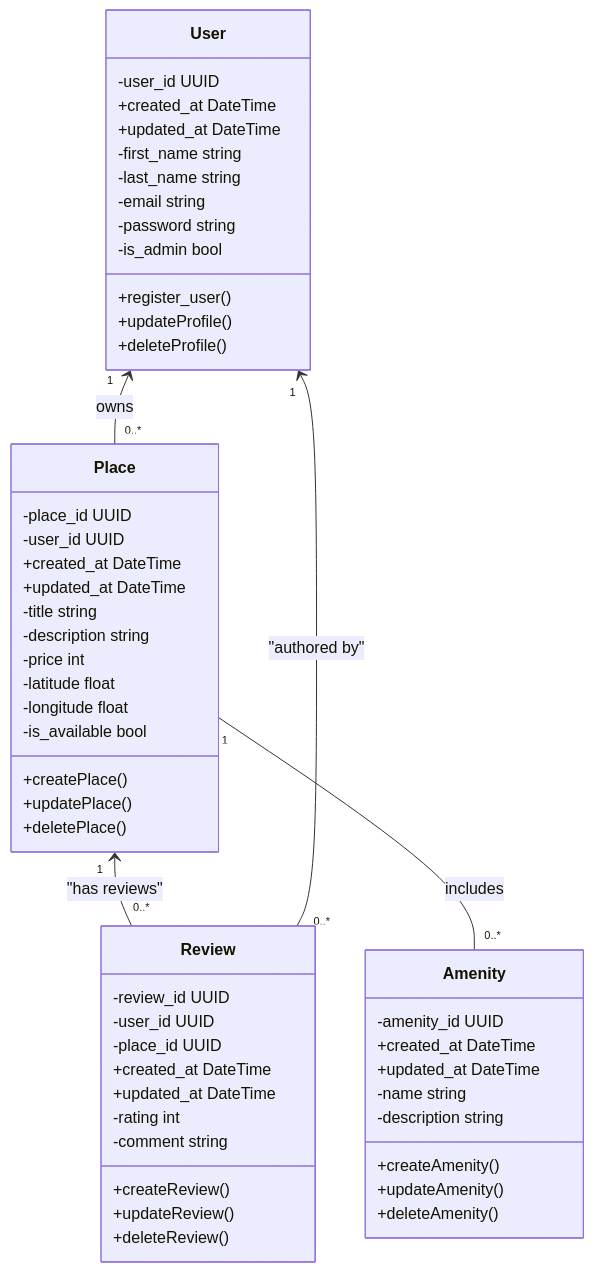
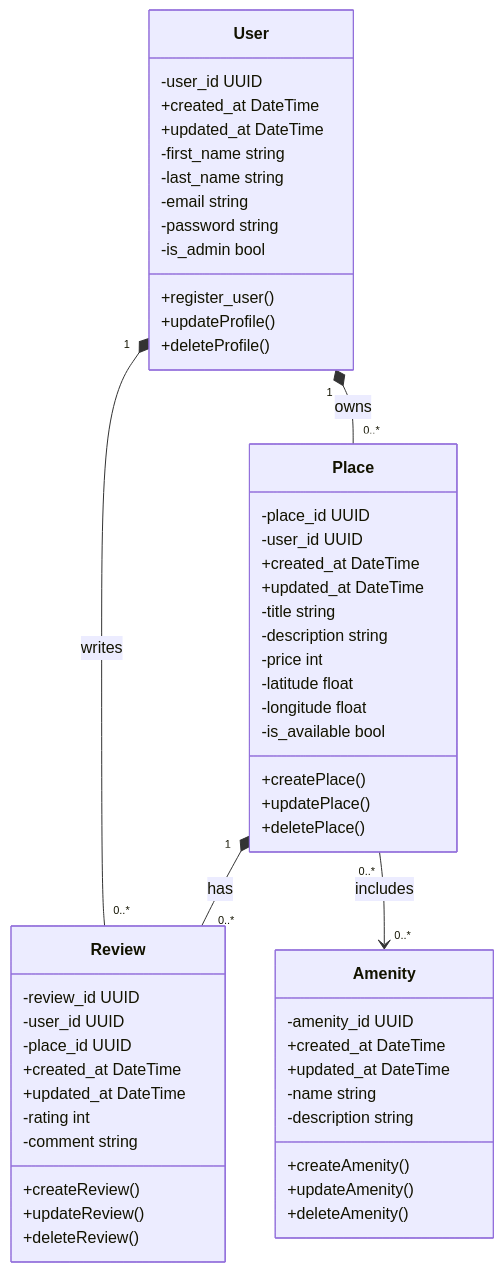
One commit to mnarzaid247-stack/holbertonschool-hbnb changed the diagram in part1/class_diagram.md. Above: the diagram before and after it, drawn with Mermaid. The commit also changed other lines of this file and 1 other file, not shown here.

Commit message:
refactor(docs): improve clarity and structure in README and class diagram documentation

````diff
--- a/part1/class_diagram.md
+++ b/part1/class_diagram.md
@@ -9,67 +9,65 @@
 ```mermaid
 classDiagram
         class User {
                 -user_id UUID
                 +created_at DateTime
                 +updated_at DateTime
                 -first_name string
                 -last_name string
                 -email string
                 -password string
                 -is_admin bool
                 +register_user()
                 +updateProfile()
                 +deleteProfile()
         }
 
         class Place {
                 -place_id UUID
                 -user_id UUID
                 +created_at DateTime
                 +updated_at DateTime
                 -title string
                 -description string
                 -price int
                 -latitude float
                 -longitude float
                 -is_available bool
                 +createPlace()
                 +updatePlace()
                 +deletePlace()
         }
 
         class Amenity {
                 -amenity_id UUID
                 +created_at DateTime
                 +updated_at DateTime
                 -name string
                 -description string
                 +createAmenity()
                 +updateAmenity()
                 +deleteAmenity()
         }
 
                 %% Note: many-to-many between Place and Amenity is shown directly below
 
         class Review {
                 -review_id UUID
                 -user_id UUID
                 -place_id UUID
                 +created_at DateTime
                 +updated_at DateTime
                 -rating int
                 -comment string
                 +createReview()
                 +updateReview()
                 +deleteReview()
         }
 
-        %% Relationships with explicit cardinality
-        User "1" <-- "0..*" Place : owns
-        Place "1" <-- "0..*" Review : "has reviews"
-        User "1" <-- "0..*" Review : "authored by"
-
-                %% Conceptual direct one-to-many between Place and Amenity
-                Place "1" -- "0..*" Amenity : includes
+        %% Relationships
+    User "1" *-- "0..*" Place : owns
+    User "1" *-- "0..*" Review : writes
+    Place "1" *-- "0..*" Review : has
+    Place "0..*" --> "0..*" Amenity : includes
 
 ```
````
